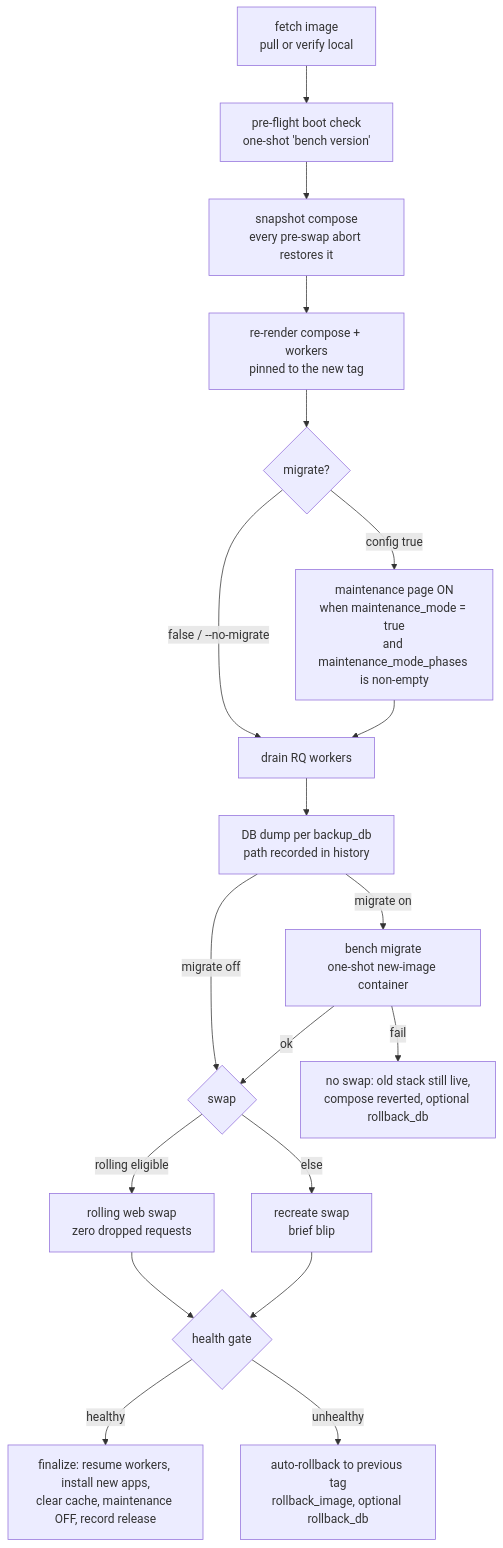
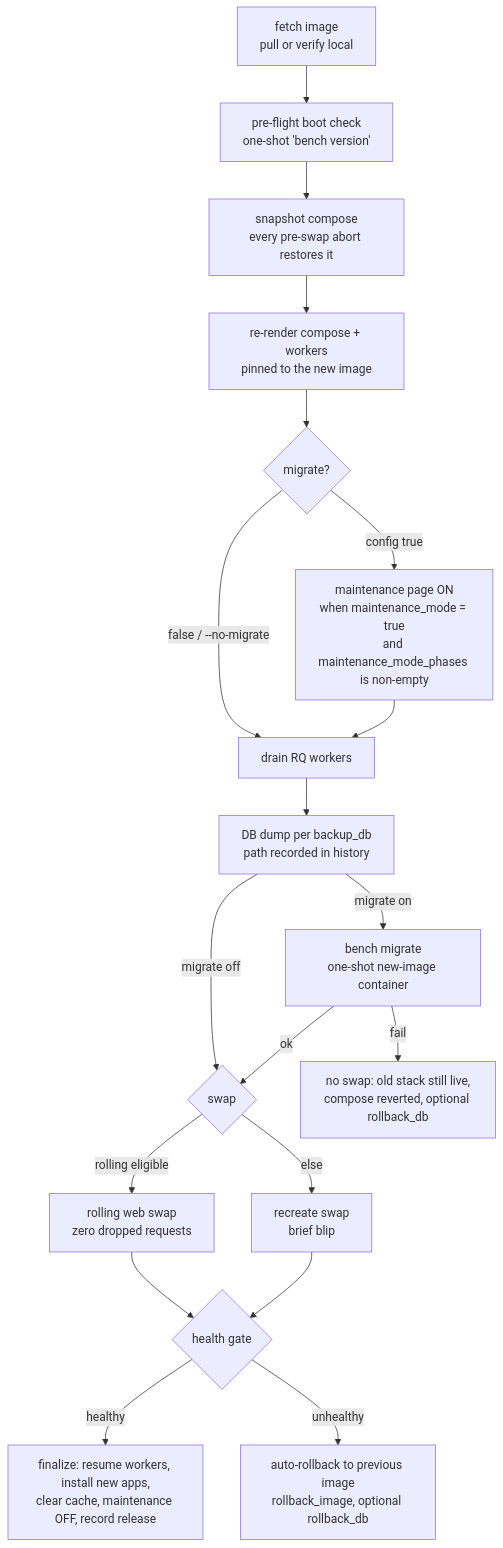
Before and after one commit to rtCamp/Frappe-Manager: the second of 3 diagrams in docs/deploy/index.md, drawn with Mermaid. The commit also changed other lines of this file and 36 other files, not shown here.

````diff
--- a/docs/deploy/index.md
+++ b/docs/deploy/index.md
@@ -80,21 +80,21 @@
 ```mermaid
 flowchart TD
     F[fetch image\npull or verify local] --> PF[pre-flight boot check\none-shot 'bench version']
     PF --> SNAP[snapshot compose\nevery pre-swap abort restores it]
-    SNAP --> PIN[re-render compose + workers\npinned to the new tag]
+    SNAP --> PIN[re-render compose + workers\npinned to the new image]
     PIN --> M{migrate?}
     M -->|config true| MAINT[maintenance page ON\nwhen maintenance_mode = true\nand maintenance_mode_phases is non-empty]
     M -->|false / --no-migrate| DRAIN
     MAINT --> DRAIN[drain RQ workers]
     DRAIN --> BK[DB dump per backup_db\npath recorded in history]
     BK -->|migrate on| MIG[bench migrate\none-shot new-image container]
     BK -->|migrate off| SWAP
     MIG -->|ok| SWAP{swap}
     MIG -->|fail| KEEP[no swap: old stack still live,\ncompose reverted, optional rollback_db]
     SWAP -->|rolling eligible| ROLL[rolling web swap\nzero dropped requests]
     SWAP -->|else| REC[recreate swap\nbrief blip]
     ROLL --> GATE{health gate}
     REC --> GATE
     GATE -->|healthy| FIN[finalize: resume workers, install new apps,\nclear cache, maintenance OFF, record release]
-    GATE -->|unhealthy| RB[auto-rollback to previous tag\nrollback_image, optional rollback_db]
+    GATE -->|unhealthy| RB[auto-rollback to previous image\nrollback_image, optional rollback_db]
 ```
````
